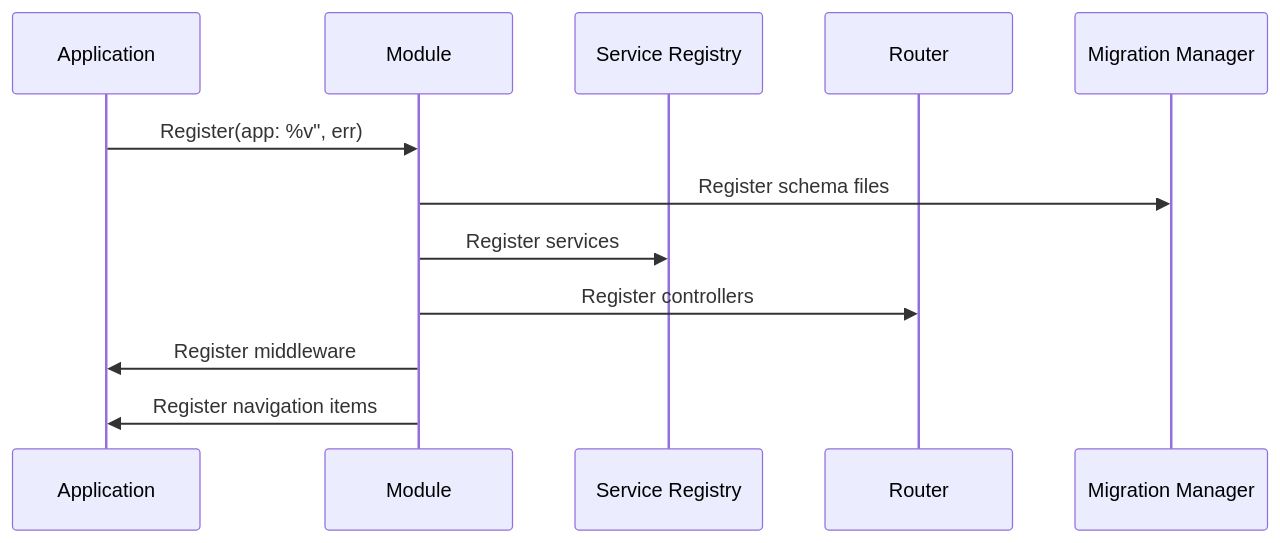
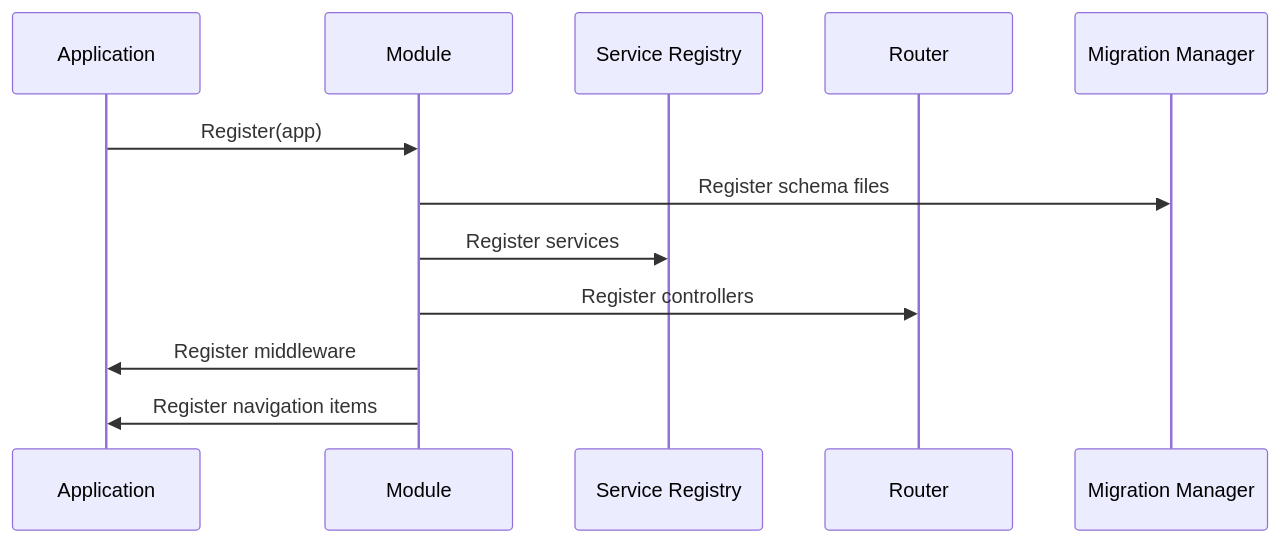
Before and after one commit to iota-uz/iota-sdk: the second of 13 diagrams in docs/content/architecture/module-system.mdx, drawn with Mermaid. The commit also changed other lines of this file and 7 other files, not shown here.

Commit message:
docs: validate mermaid in CI

````diff
--- a/docs/content/architecture/module-system.mdx
+++ b/docs/content/architecture/module-system.mdx
@@ -27,15 +27,15 @@
 ```mermaid
 sequenceDiagram
     participant App as Application
     participant Mod as Module
     participant Registry as Service Registry
     participant Router as Router
     participant Migrations as Migration Manager
     
-    App->>Mod: Register(app: %v", err)
+    App->>Mod: Register(app)
     Mod->>Migrations: Register schema files
     Mod->>Registry: Register services
     Mod->>Router: Register controllers
     Mod->>App: Register middleware
     Mod->>App: Register navigation items
 ```
````
